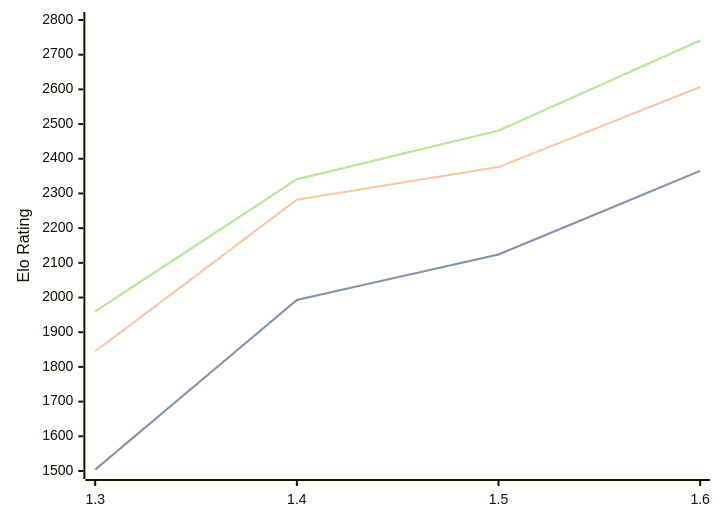
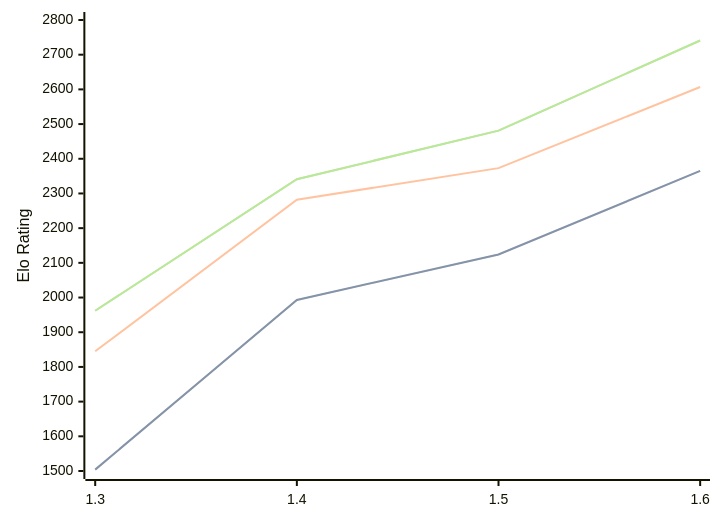
Before and after one commit to computer-chess-index/cci: the diagram in engines/Facon.md, drawn with Mermaid. The commit also changed other lines of this file, not shown here.

Commit message:
Update CCI Ratings (ELO VLTC) - 2026-07-29

````diff
--- a/engines/Facon.md
+++ b/engines/Facon.md
@@ -37,11 +37,11 @@
 ```mermaid
 %%{init: {"theme":"base","themeVariables":{"seriesColors:['#a3a3a3','#222221','#faa371']}}}%%
 xychart-beta
   x-axis ["1.3", "1.4", "1.5", "1.6"]
   y-axis "Elo Rating" 1500 --> 2800
   line "STC (8.0+0.08s)" [1504, 1993, 2124, 2365]
   line "STC (8.0+0.08s)" [1504, 1993, 2124, 2365]
-  line "LTC (60.0+0.60s)" [1845, 2282, 2376, 2607]
-  line "VLTC (2m24s+1.12s)" [1960, 2341, 2481, 2741]
-  line "VLTC (2m24s+1.12s)" [1960, 2341, 2481, 2741]
+  line "LTC (60.0+0.60s)" [1845, 2282, 2373, 2607]
+  line "VLTC (2m24s+1.12s)" [1962, 2341, 2481, 2741]
+  line "VLTC (2m24s+1.12s)" [1962, 2341, 2481, 2741]
 ```
````
